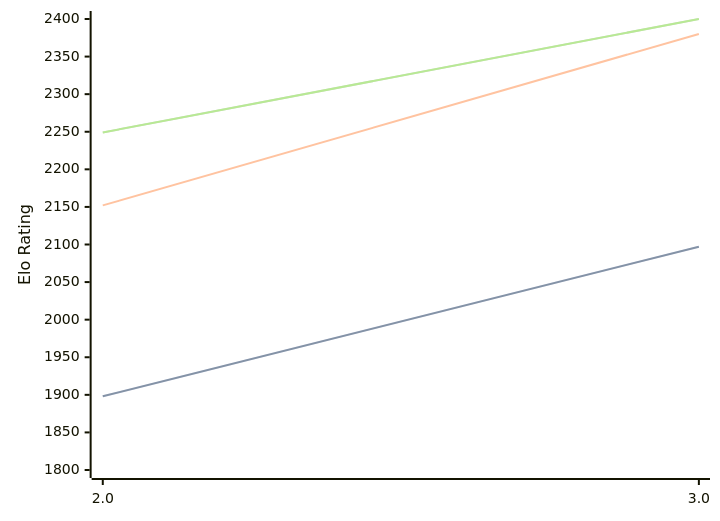
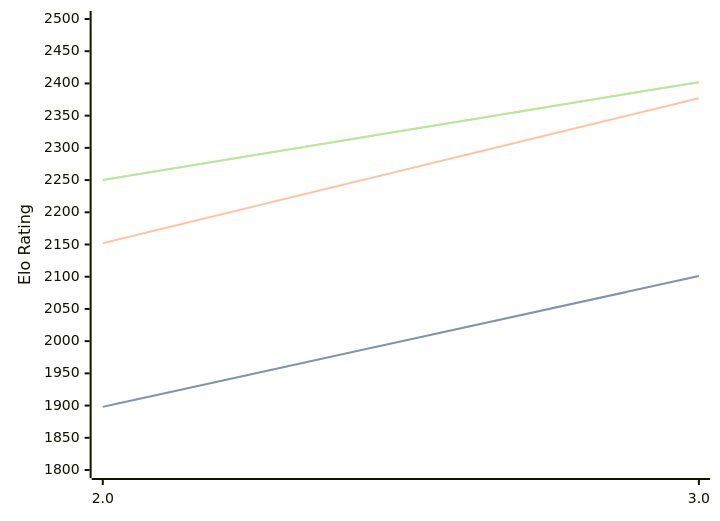
The diagram in engines/Zeno.md (computer-chess-index/cci), drawn with Mermaid before and after one commit. The commit also changed other lines of this file, not shown here.

Commit message:
Update CCI Ratings (ELO VLTC) - 2026-08-25

````diff
--- a/engines/Zeno.md
+++ b/engines/Zeno.md
@@ -32,11 +32,11 @@
 ```mermaid
 %%{init: {"theme":"base","themeVariables":{"seriesColors:['#a3a3a3','#222221','#faa371']}}}%%
 xychart-beta
   x-axis ["2.0", "3.0"]
-  y-axis "Elo Rating" 1800 --> 2400
-  line "STC (8.0+0.08s)" [1898, 2097]
-  line "STC (8.0+0.08s)" [1898, 2097]
-  line "LTC (60.0+0.60s)" [2152, 2380]
-  line "VLTC (2m24s+1.12s)" [2249, 2400]
-  line "VLTC (2m24s+1.12s)" [2249, 2400]
+  y-axis "Elo Rating" 1800 --> 2500
+  line "STC (8.0+0.08s)" [1898, 2101]
+  line "STC (8.0+0.08s)" [1898, 2101]
+  line "LTC (60.0+0.60s)" [2152, 2377]
+  line "VLTC (2m24s+1.12s)" [2250, 2402]
+  line "VLTC (2m24s+1.12s)" [2250, 2402]
 ```
````
